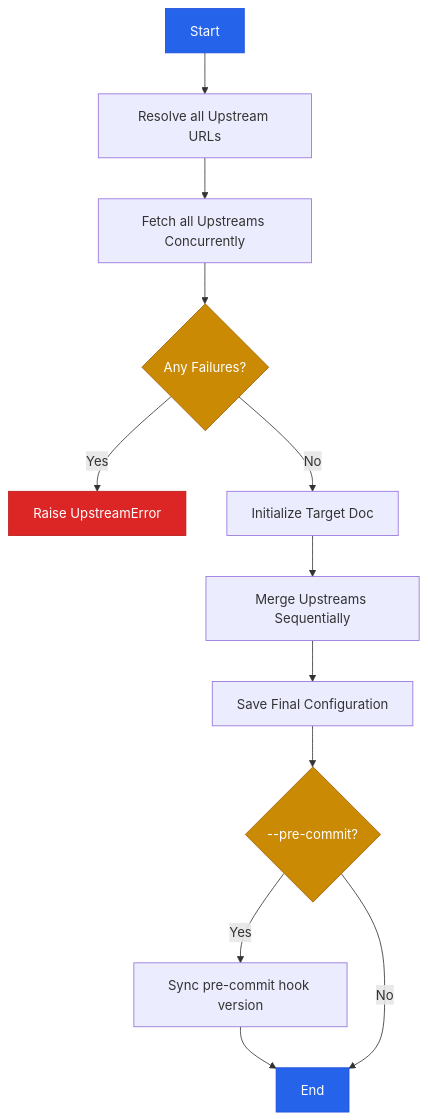
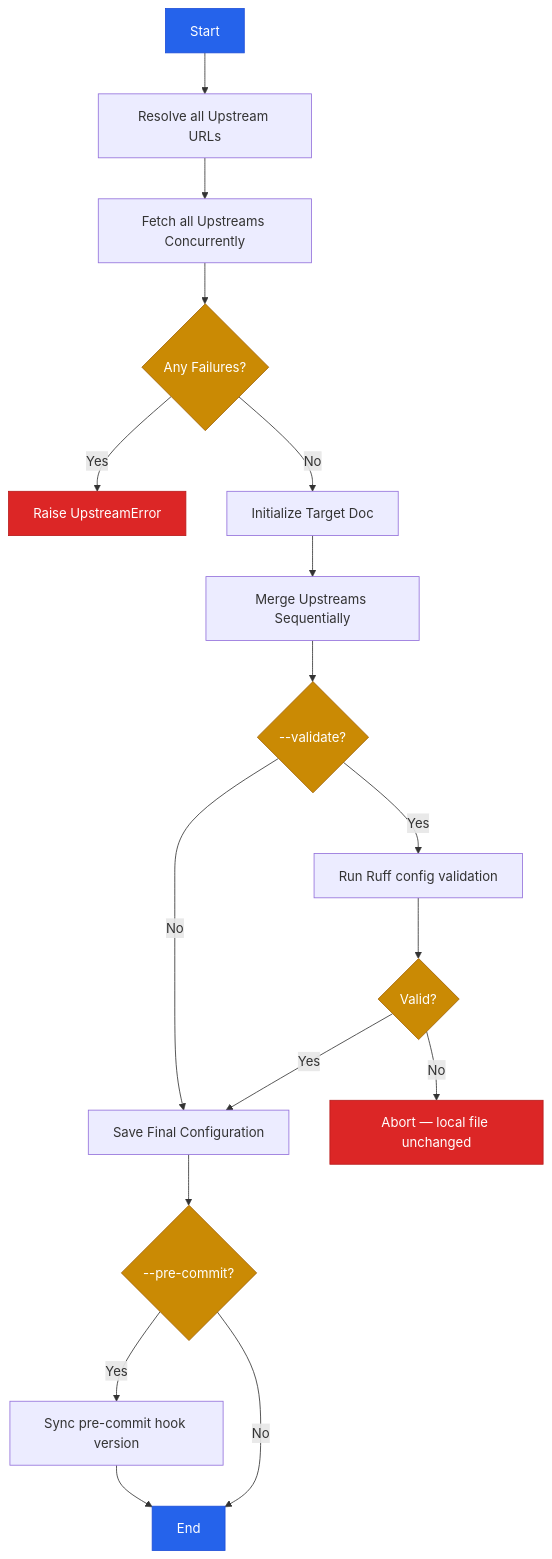
The first of 2 diagrams in docs/usage.md (Kilo59/ruff-sync), drawn with Mermaid before and after one commit. The commit also changed other lines of this file and 12 other files, not shown here.

Commit message:
Config Validation (#160)

````diff
--- a/docs/usage.md
+++ b/docs/usage.md
@@ -202,21 +225,29 @@
 ```mermaid
 graph TD
     A[Start] --> B[Resolve all Upstream URLs]
     B --> C[Fetch all Upstreams Concurrently]
     C --> D{Any Failures?}
     D -- Yes --> E[Raise UpstreamError]
     D -- No --> F[Initialize Target Doc]
     F --> G[Merge Upstreams Sequentially]
-    G --> H[Save Final Configuration]
+    G --> V{--validate?}
+    V -- No --> H[Save Final Configuration]
+    V -- Yes --> VAL[Run Ruff config validation]
+    VAL --> VRES{Valid?}
+    VRES -- No --> ABORT[Abort — local file unchanged]
+    VRES -- Yes --> H[Save Final Configuration]
     H --> PC{--pre-commit?}
     PC -- Yes --> SyncPC[Sync pre-commit hook version]
     SyncPC --> I[End]
     PC -- No --> I[End]
 
     %% Styling
     style A fill:#2563eb,color:#fff,stroke:#1d4ed8
     style I fill:#2563eb,color:#fff,stroke:#1d4ed8
     style E fill:#dc2626,color:#fff,stroke:#b91c1c
+    style ABORT fill:#dc2626,color:#fff,stroke:#b91c1c
     style D fill:#ca8a04,color:#fff,stroke:#a16207
+    style V fill:#ca8a04,color:#fff,stroke:#a16207
+    style VRES fill:#ca8a04,color:#fff,stroke:#a16207
     style PC fill:#ca8a04,color:#fff,stroke:#a16207
 ```
````
